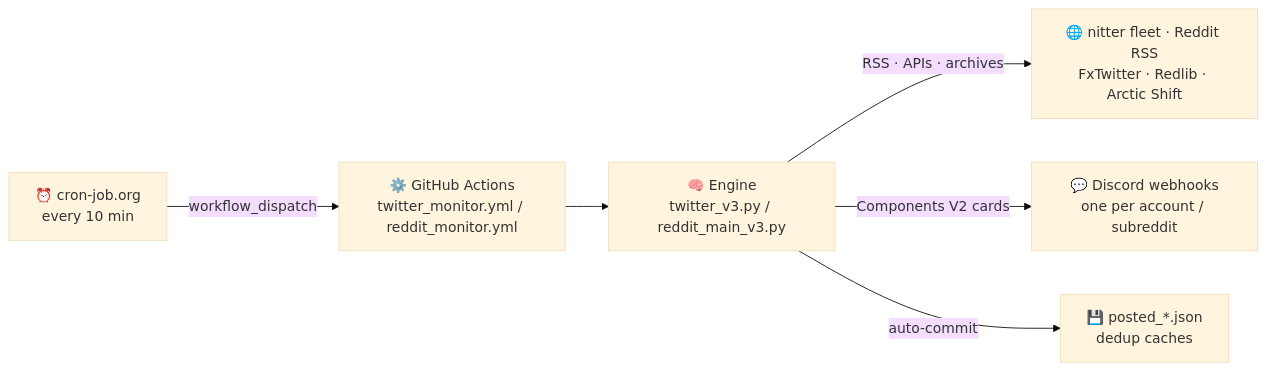
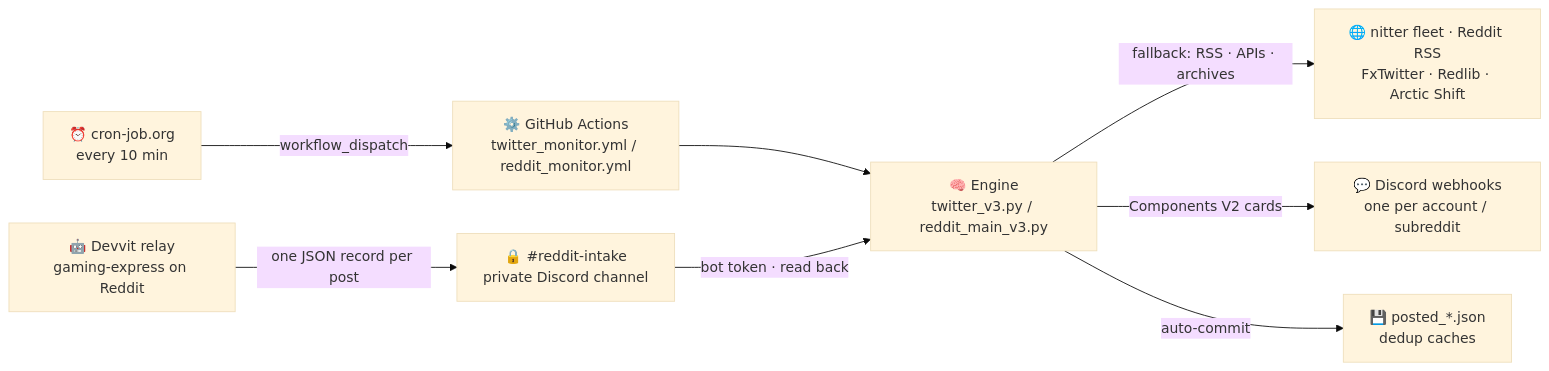
One commit to uesu/News-Express changed the diagram in README.md. Above: the diagram before and after it, drawn with Mermaid (base theme). The commit also changed other lines of this file and 10 other files, not shown here.

````diff
--- a/README.md
+++ b/README.md
@@ -41,8 +41,10 @@
 ```mermaid
 flowchart LR
     CRON["⏰ cron-job.org<br/>every 10 min"] -->|"workflow_dispatch"| GHA["⚙️ GitHub Actions<br/>twitter_monitor.yml / reddit_monitor.yml"]
     GHA --> ENG["🧠 Engine<br/>twitter_v3.py / reddit_main_v3.py"]
-    ENG -->|"RSS · APIs · archives"| NET["🌐 nitter fleet · Reddit RSS<br/>FxTwitter · Redlib · Arctic Shift"]
+    DEVVIT["🤖 Devvit relay<br/>gaming-express on Reddit"] -->|"one JSON record per post"| INTAKE["🔒 #reddit-intake<br/>private Discord channel"]
+    INTAKE -->|"bot token · read back"| ENG
+    ENG -->|"fallback: RSS · APIs · archives"| NET["🌐 nitter fleet · Reddit RSS<br/>FxTwitter · Redlib · Arctic Shift"]
     ENG -->|"Components V2 cards"| DC["💬 Discord webhooks<br/>one per account / subreddit"]
     ENG -->|"auto-commit"| CACHE["💾 posted_*.json<br/>dedup caches"]
 ```
````
